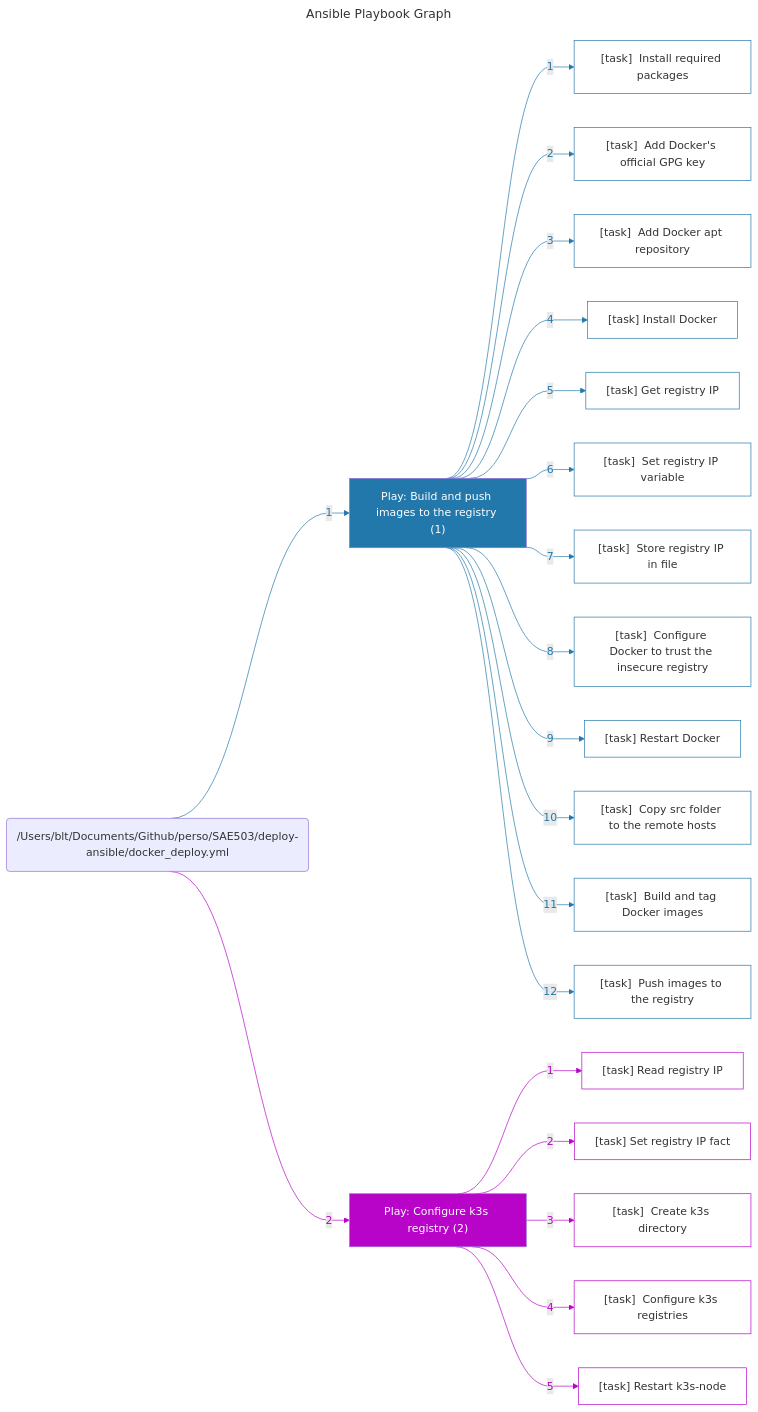
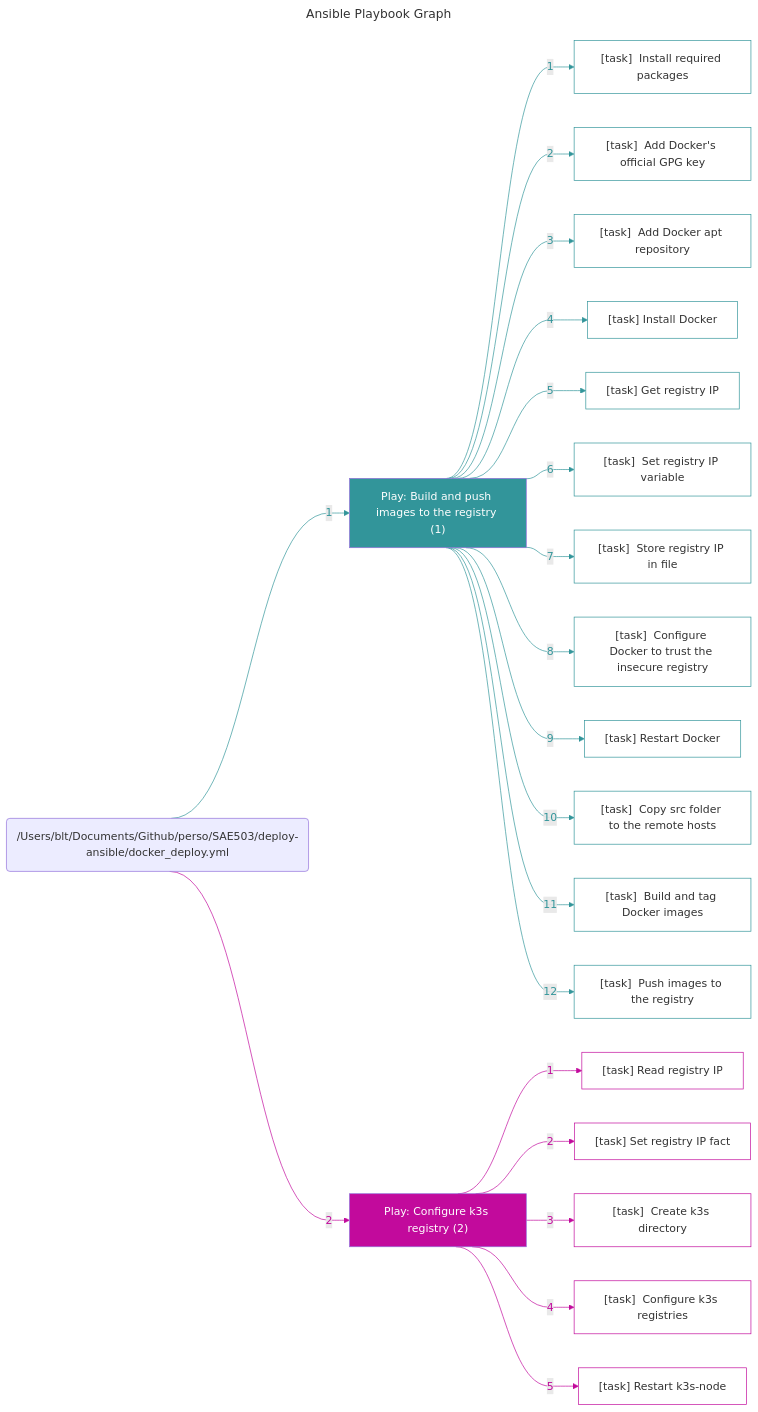
One commit to basilelt/SAE503 changed the diagram in graphs/docker_deploy.md. Above: the diagram before and after it, drawn with Mermaid. The commit also changed 6 other files, not shown here.

Commit message:
Refactor graph generation scripts to remove hardcoded paths and update playbook titles in markdown files

```diff
--- a/graphs/docker_deploy.md
+++ b/graphs/docker_deploy.md
@@ -5,86 +5,86 @@
 %%{ init: { "flowchart": { "curve": "bumpX" } } }%%
 flowchart LR
 	%% Start of the playbook '/Users/blt/Documents/Github/perso/SAE503/deploy-ansible/docker_deploy.yml'
-	playbook_dc2ebe73("/Users/blt/Documents/Github/perso/SAE503/deploy-ansible/docker_deploy.yml")
+	playbook_21aad8c7("/Users/blt/Documents/Github/perso/SAE503/deploy-ansible/docker_deploy.yml")
 		%% Start of the play 'Play: Build and push images to the registry (1)'
-		play_81e9b3ac["Play: Build and push images to the registry (1)"]
-		style play_81e9b3ac fill:#2278aa,color:#ffffff
-		playbook_dc2ebe73 --> |"1"| play_81e9b3ac
-		linkStyle 0 stroke:#2278aa,color:#2278aa
-			task_d4d5b294["[task]  Install required packages"]
-			style task_d4d5b294 stroke:#2278aa,fill:#ffffff
-			play_81e9b3ac --> |"1"| task_d4d5b294
-			linkStyle 1 stroke:#2278aa,color:#2278aa
-			task_280cde9f["[task]  Add Docker's official GPG key"]
-			style task_280cde9f stroke:#2278aa,fill:#ffffff
-			play_81e9b3ac --> |"2"| task_280cde9f
-			linkStyle 2 stroke:#2278aa,color:#2278aa
-			task_c6e2f35b["[task]  Add Docker apt repository"]
-			style task_c6e2f35b stroke:#2278aa,fill:#ffffff
-			play_81e9b3ac --> |"3"| task_c6e2f35b
-			linkStyle 3 stroke:#2278aa,color:#2278aa
-			task_d5db7f59["[task]  Install Docker"]
-			style task_d5db7f59 stroke:#2278aa,fill:#ffffff
-			play_81e9b3ac --> |"4"| task_d5db7f59
-			linkStyle 4 stroke:#2278aa,color:#2278aa
-			task_9cc1299b["[task]  Get registry IP"]
-			style task_9cc1299b stroke:#2278aa,fill:#ffffff
-			play_81e9b3ac --> |"5"| task_9cc1299b
-			linkStyle 5 stroke:#2278aa,color:#2278aa
-			task_b0c8ae74["[task]  Set registry IP variable"]
-			style task_b0c8ae74 stroke:#2278aa,fill:#ffffff
-			play_81e9b3ac --> |"6"| task_b0c8ae74
-			linkStyle 6 stroke:#2278aa,color:#2278aa
-			task_cb8f5f3d["[task]  Store registry IP in file"]
-			style task_cb8f5f3d stroke:#2278aa,fill:#ffffff
-			play_81e9b3ac --> |"7"| task_cb8f5f3d
-			linkStyle 7 stroke:#2278aa,color:#2278aa
-			task_aa1b9fcb["[task]  Configure Docker to trust the insecure registry"]
-			style task_aa1b9fcb stroke:#2278aa,fill:#ffffff
-			play_81e9b3ac --> |"8"| task_aa1b9fcb
-			linkStyle 8 stroke:#2278aa,color:#2278aa
-			task_6309fe37["[task]  Restart Docker"]
-			style task_6309fe37 stroke:#2278aa,fill:#ffffff
-			play_81e9b3ac --> |"9"| task_6309fe37
-			linkStyle 9 stroke:#2278aa,color:#2278aa
-			task_2957622c["[task]  Copy src folder to the remote hosts"]
-			style task_2957622c stroke:#2278aa,fill:#ffffff
-			play_81e9b3ac --> |"10"| task_2957622c
-			linkStyle 10 stroke:#2278aa,color:#2278aa
-			task_d8da9349["[task]  Build and tag Docker images"]
-			style task_d8da9349 stroke:#2278aa,fill:#ffffff
-			play_81e9b3ac --> |"11"| task_d8da9349
-			linkStyle 11 stroke:#2278aa,color:#2278aa
-			task_c52db5d7["[task]  Push images to the registry"]
-			style task_c52db5d7 stroke:#2278aa,fill:#ffffff
-			play_81e9b3ac --> |"12"| task_c52db5d7
-			linkStyle 12 stroke:#2278aa,color:#2278aa
+		play_e12b4ac8["Play: Build and push images to the registry (1)"]
+		style play_e12b4ac8 fill:#32959a,color:#ffffff
+		playbook_21aad8c7 --> |"1"| play_e12b4ac8
+		linkStyle 0 stroke:#32959a,color:#32959a
+			task_486dcc05["[task]  Install required packages"]
+			style task_486dcc05 stroke:#32959a,fill:#ffffff
+			play_e12b4ac8 --> |"1"| task_486dcc05
+			linkStyle 1 stroke:#32959a,color:#32959a
+			task_8358141e["[task]  Add Docker's official GPG key"]
+			style task_8358141e stroke:#32959a,fill:#ffffff
+			play_e12b4ac8 --> |"2"| task_8358141e
+			linkStyle 2 stroke:#32959a,color:#32959a
+			task_739c03c1["[task]  Add Docker apt repository"]
+			style task_739c03c1 stroke:#32959a,fill:#ffffff
+			play_e12b4ac8 --> |"3"| task_739c03c1
+			linkStyle 3 stroke:#32959a,color:#32959a
+			task_8134d0fb["[task]  Install Docker"]
+			style task_8134d0fb stroke:#32959a,fill:#ffffff
+			play_e12b4ac8 --> |"4"| task_8134d0fb
+			linkStyle 4 stroke:#32959a,color:#32959a
+			task_bc0c13fb["[task]  Get registry IP"]
+			style task_bc0c13fb stroke:#32959a,fill:#ffffff
+			play_e12b4ac8 --> |"5"| task_bc0c13fb
+			linkStyle 5 stroke:#32959a,color:#32959a
+			task_e84d2dab["[task]  Set registry IP variable"]
+			style task_e84d2dab stroke:#32959a,fill:#ffffff
+			play_e12b4ac8 --> |"6"| task_e84d2dab
+			linkStyle 6 stroke:#32959a,color:#32959a
+			task_65212d61["[task]  Store registry IP in file"]
+			style task_65212d61 stroke:#32959a,fill:#ffffff
+			play_e12b4ac8 --> |"7"| task_65212d61
+			linkStyle 7 stroke:#32959a,color:#32959a
+			task_e5deec6c["[task]  Configure Docker to trust the insecure registry"]
+			style task_e5deec6c stroke:#32959a,fill:#ffffff
+			play_e12b4ac8 --> |"8"| task_e5deec6c
+			linkStyle 8 stroke:#32959a,color:#32959a
+			task_d550e2f1["[task]  Restart Docker"]
+			style task_d550e2f1 stroke:#32959a,fill:#ffffff
+			play_e12b4ac8 --> |"9"| task_d550e2f1
+			linkStyle 9 stroke:#32959a,color:#32959a
+			task_8b24dce5["[task]  Copy src folder to the remote hosts"]
+			style task_8b24dce5 stroke:#32959a,fill:#ffffff
+			play_e12b4ac8 --> |"10"| task_8b24dce5
+			linkStyle 10 stroke:#32959a,color:#32959a
+			task_ab10f4f8["[task]  Build and tag Docker images"]
+			style task_ab10f4f8 stroke:#32959a,fill:#ffffff
+			play_e12b4ac8 --> |"11"| task_ab10f4f8
+			linkStyle 11 stroke:#32959a,color:#32959a
+			task_9ba6f58d["[task]  Push images to the registry"]
+			style task_9ba6f58d stroke:#32959a,fill:#ffffff
+			play_e12b4ac8 --> |"12"| task_9ba6f58d
+			linkStyle 12 stroke:#32959a,color:#32959a
 		%% End of the play 'Play: Build and push images to the registry (1)'
 		%% Start of the play 'Play: Configure k3s registry (2)'
-		play_3f1beda7["Play: Configure k3s registry (2)"]
-		style play_3f1beda7 fill:#b803c9,color:#ffffff
-		playbook_dc2ebe73 --> |"2"| play_3f1beda7
-		linkStyle 13 stroke:#b803c9,color:#b803c9
-			task_f9004b4b["[task]  Read registry IP"]
-			style task_f9004b4b stroke:#b803c9,fill:#ffffff
-			play_3f1beda7 --> |"1"| task_f9004b4b
-			linkStyle 14 stroke:#b803c9,color:#b803c9
-			task_c570b5db["[task]  Set registry IP fact"]
-			style task_c570b5db stroke:#b803c9,fill:#ffffff
-			play_3f1beda7 --> |"2"| task_c570b5db
-			linkStyle 15 stroke:#b803c9,color:#b803c9
-			task_195d90ae["[task]  Create k3s directory"]
-			style task_195d90ae stroke:#b803c9,fill:#ffffff
-			play_3f1beda7 --> |"3"| task_195d90ae
-			linkStyle 16 stroke:#b803c9,color:#b803c9
-			task_5910bc9c["[task]  Configure k3s registries"]
-			style task_5910bc9c stroke:#b803c9,fill:#ffffff
-			play_3f1beda7 --> |"4"| task_5910bc9c
-			linkStyle 17 stroke:#b803c9,color:#b803c9
-			task_2f55658e["[task]  Restart k3s-node"]
-			style task_2f55658e stroke:#b803c9,fill:#ffffff
-			play_3f1beda7 --> |"5"| task_2f55658e
-			linkStyle 18 stroke:#b803c9,color:#b803c9
+		play_0c5cbf8c["Play: Configure k3s registry (2)"]
+		style play_0c5cbf8c fill:#c20a9c,color:#ffffff
+		playbook_21aad8c7 --> |"2"| play_0c5cbf8c
+		linkStyle 13 stroke:#c20a9c,color:#c20a9c
+			task_37f7c7fa["[task]  Read registry IP"]
+			style task_37f7c7fa stroke:#c20a9c,fill:#ffffff
+			play_0c5cbf8c --> |"1"| task_37f7c7fa
+			linkStyle 14 stroke:#c20a9c,color:#c20a9c
+			task_4880eb2e["[task]  Set registry IP fact"]
+			style task_4880eb2e stroke:#c20a9c,fill:#ffffff
+			play_0c5cbf8c --> |"2"| task_4880eb2e
+			linkStyle 15 stroke:#c20a9c,color:#c20a9c
+			task_513864c1["[task]  Create k3s directory"]
+			style task_513864c1 stroke:#c20a9c,fill:#ffffff
+			play_0c5cbf8c --> |"3"| task_513864c1
+			linkStyle 16 stroke:#c20a9c,color:#c20a9c
+			task_afb11225["[task]  Configure k3s registries"]
+			style task_afb11225 stroke:#c20a9c,fill:#ffffff
+			play_0c5cbf8c --> |"4"| task_afb11225
+			linkStyle 17 stroke:#c20a9c,color:#c20a9c
+			task_1eceaf48["[task]  Restart k3s-node"]
+			style task_1eceaf48 stroke:#c20a9c,fill:#ffffff
+			play_0c5cbf8c --> |"5"| task_1eceaf48
+			linkStyle 18 stroke:#c20a9c,color:#c20a9c
 		%% End of the play 'Play: Configure k3s registry (2)'
 	%% End of the playbook '/Users/blt/Documents/Github/perso/SAE503/deploy-ansible/docker_deploy.yml'
 
```
